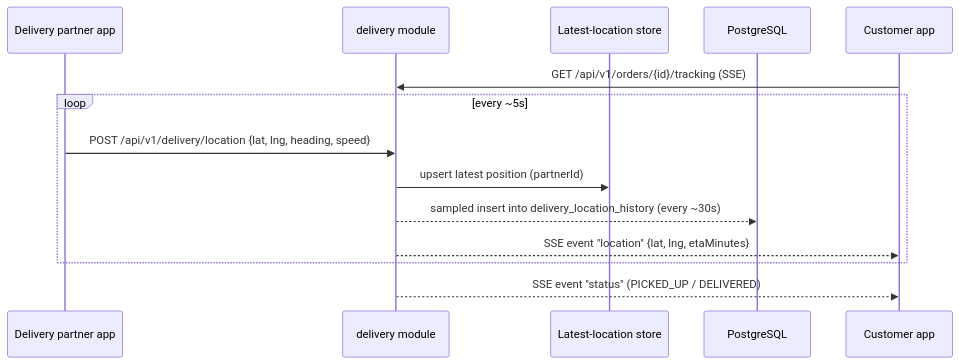
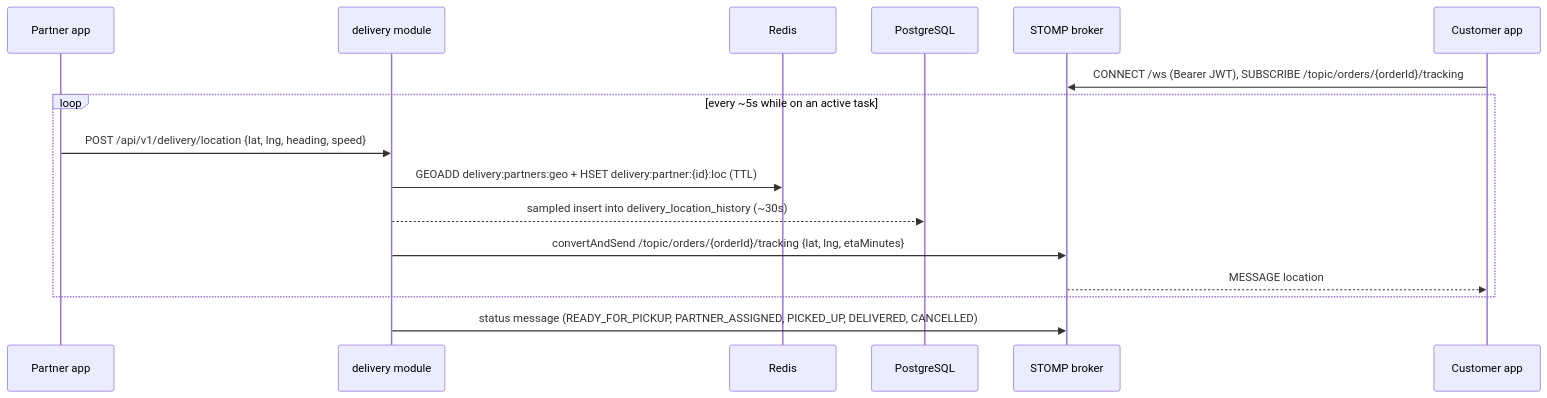
One commit to spatel-ai/vsnvi changed the third of 4 diagrams in docs/ARCHITECTURE.md. Above: the diagram before and after it, drawn with Mermaid. The commit also changed other lines of this file and 24 other files, not shown here.

````diff
--- a/docs/ARCHITECTURE.md
+++ b/docs/ARCHITECTURE.md
@@ -147,17 +291,19 @@
 ```mermaid
 sequenceDiagram
-    participant DP as Delivery partner app
-    participant API as delivery module
-    participant Store as Latest-location store
+    participant DP as Partner app
+    participant D as delivery module
+    participant R as Redis
     participant DB as PostgreSQL
+    participant B as STOMP broker
     participant C as Customer app
 
-    C->>API: GET /api/v1/orders/{id}/tracking (SSE)
-    loop every ~5s
-        DP->>API: POST /api/v1/delivery/location {lat, lng, heading, speed}
-        API->>Store: upsert latest position (partnerId)
-        API-->>DB: sampled insert into delivery_location_history (every ~30s)
-        API-->>C: SSE event "location" {lat, lng, etaMinutes}
+    C->>B: CONNECT /ws (Bearer JWT), SUBSCRIBE /topic/orders/{orderId}/tracking
+    loop every ~5s while on an active task
+        DP->>D: POST /api/v1/delivery/location {lat, lng, heading, speed}
+        D->>R: GEOADD delivery:partners:geo + HSET delivery:partner:{id}:loc (TTL)
+        D-->>DB: sampled insert into delivery_location_history (~30s)
+        D->>B: convertAndSend /topic/orders/{orderId}/tracking {lat, lng, etaMinutes}
+        B-->>C: MESSAGE location
     end
-    API-->>C: SSE event "status" (PICKED_UP / DELIVERED)
+    D->>B: status message (READY_FOR_PICKUP, PARTNER_ASSIGNED, PICKED_UP, DELIVERED, CANCELLED)
 ```
````
